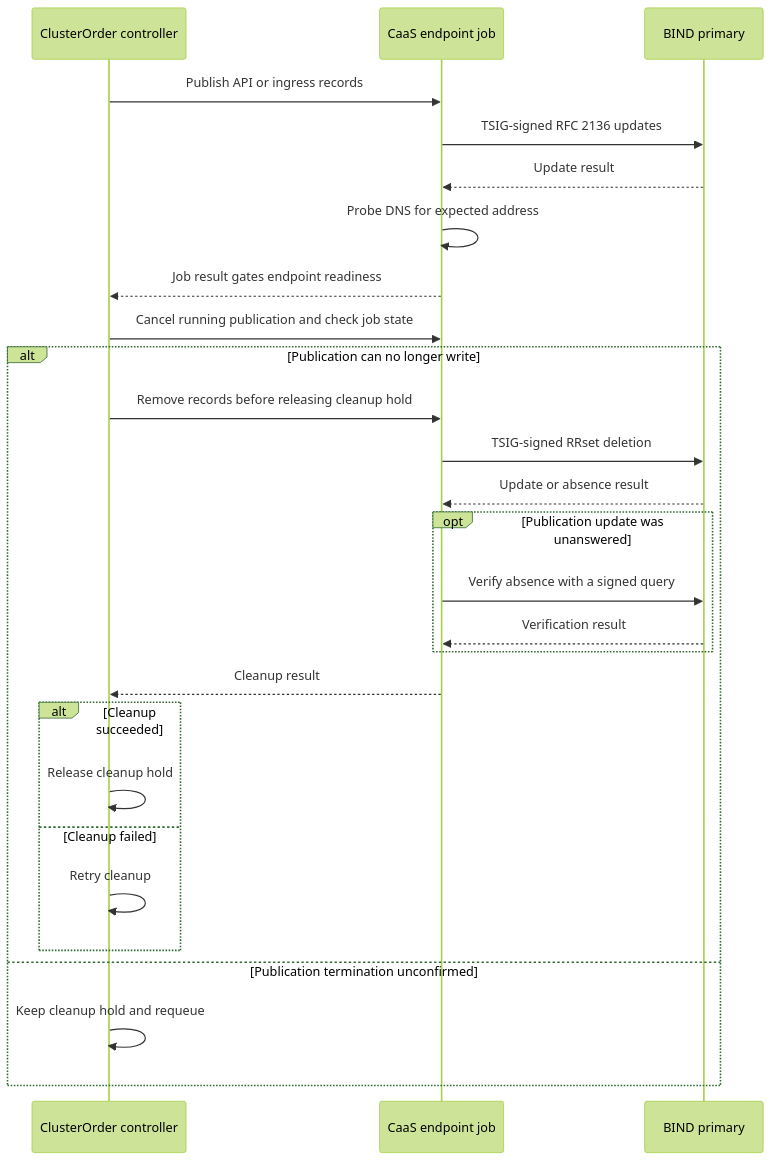
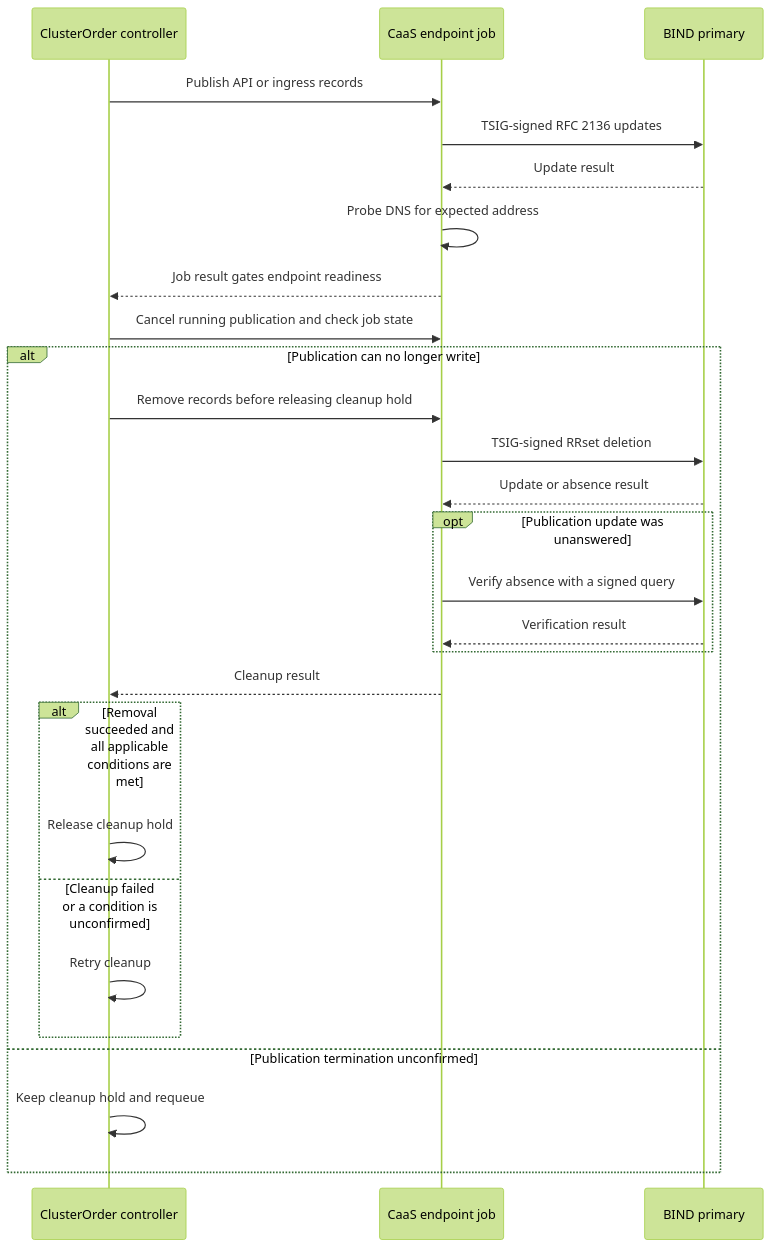
The diagram in enhancements/OSAC-2281-local-dns-backend-bind/design.md (osac-project/enhancement-proposals), drawn with Mermaid (forest theme) before and after one commit. The commit also changed other lines of this file and 1 other file, not shown here.

Commit message:
OSAC-2281: Require ordering condition before DNS finalizer release

````diff
--- a/enhancements/OSAC-2281-local-dns-backend-bind/design.md
+++ b/enhancements/OSAC-2281-local-dns-backend-bind/design.md
@@ -102,29 +100,29 @@
 ```mermaid
 sequenceDiagram
     participant CO as ClusterOrder controller
     participant AAP as CaaS endpoint job
     participant DNS as BIND primary
     CO->>AAP: Publish API or ingress records
     AAP->>DNS: TSIG-signed RFC 2136 updates
     DNS-->>AAP: Update result
     AAP->>AAP: Probe DNS for expected address
     AAP-->>CO: Job result gates endpoint readiness
     CO->>AAP: Cancel running publication and check job state
     alt Publication can no longer write
         CO->>AAP: Remove records before releasing cleanup hold
         AAP->>DNS: TSIG-signed RRset deletion
         DNS-->>AAP: Update or absence result
         opt Publication update was unanswered
             AAP->>DNS: Verify absence with a signed query
             DNS-->>AAP: Verification result
         end
         AAP-->>CO: Cleanup result
-        alt Cleanup succeeded
+        alt Removal succeeded and all applicable conditions are met
             CO->>CO: Release cleanup hold
-        else Cleanup failed
+        else Cleanup failed or a condition is unconfirmed
             CO->>CO: Retry cleanup
         end
     else Publication termination unconfirmed
         CO->>CO: Keep cleanup hold and requeue
     end
 ```
````
